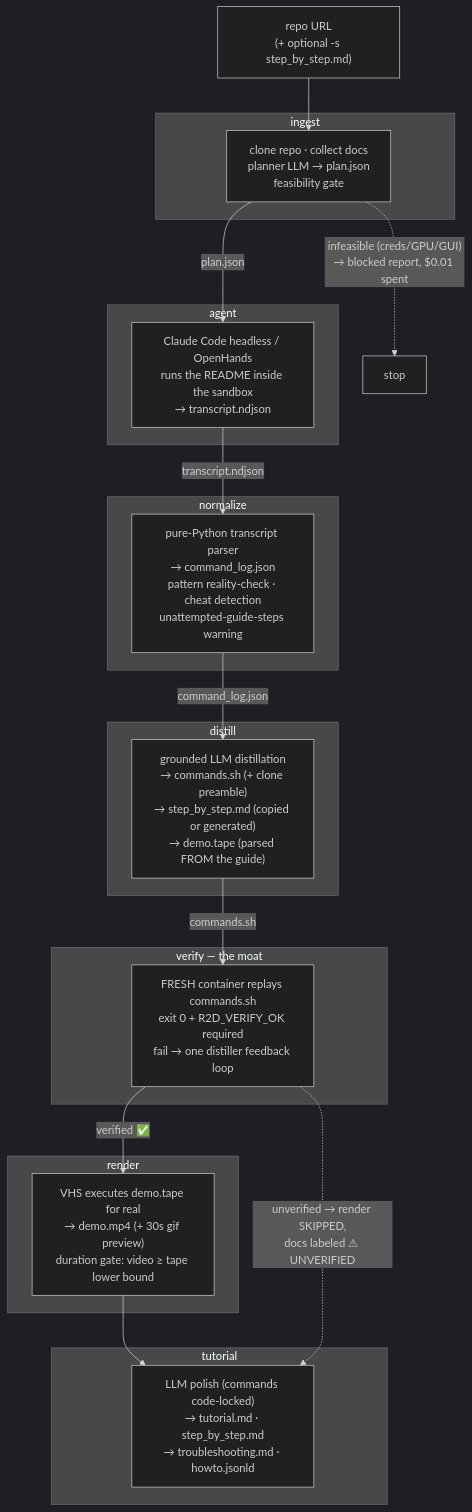
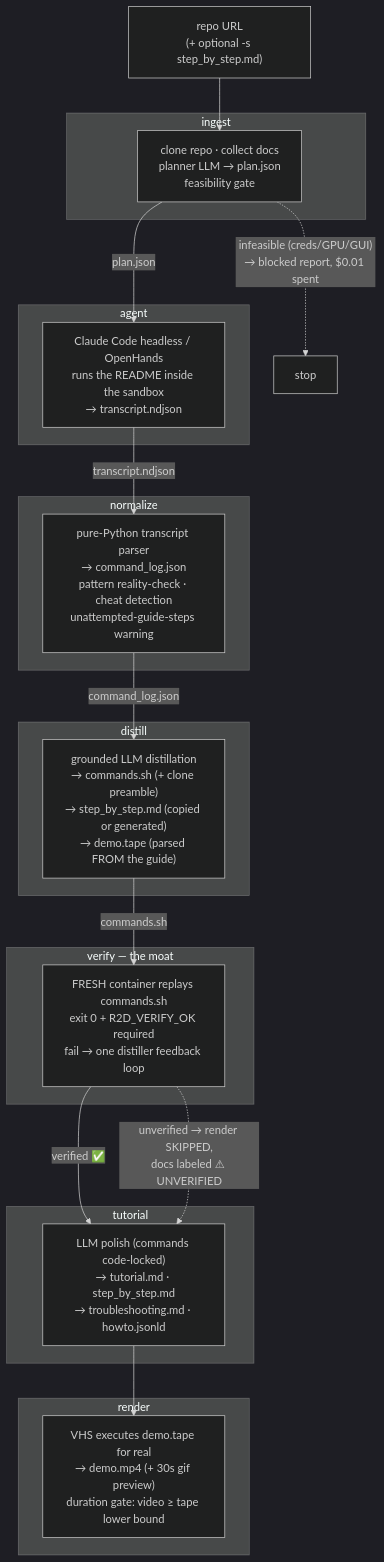
One commit to alphacrack/readme2demo changed the first of 3 diagrams in architecture/README.md. Above: the diagram before and after it, drawn with Mermaid (dark theme). The commit also changed 1 other file, not shown here.

Commit message:
docs: fix remaining stale stage order in architecture diagram and debug-run skill (#211)

````diff
--- a/architecture/README.md
+++ b/architecture/README.md
@@ -12,38 +12,38 @@
 ```mermaid
 flowchart TD
     U["repo URL<br/>(+ optional -s step_by_step.md)"] --> I
 
     subgraph M1["ingest"]
         I["clone repo · collect docs<br/>planner LLM → plan.json<br/>feasibility gate"]
     end
 
     subgraph M3["agent"]
         A["Claude Code headless / OpenHands<br/>runs the README inside the sandbox<br/>→ transcript.ndjson"]
     end
 
     subgraph M4["normalize"]
         N["pure-Python transcript parser<br/>→ command_log.json<br/>pattern reality-check · cheat detection<br/>unattempted-guide-steps warning"]
     end
 
     subgraph M5["distill"]
         D["grounded LLM distillation<br/>→ commands.sh (+ clone preamble)<br/>→ step_by_step.md (copied or generated)<br/>→ demo.tape (parsed FROM the guide)"]
     end
 
     subgraph M6["verify — the moat"]
         V["FRESH container replays commands.sh<br/>exit 0 + R2D_VERIFY_OK required<br/>fail → one distiller feedback loop"]
     end
 
-    subgraph M7["render"]
-        R["VHS executes demo.tape for real<br/>→ demo.mp4 (+ 30s gif preview)<br/>duration gate: video ≥ tape lower bound"]
+    subgraph M7["tutorial"]
+        T["LLM polish (commands code-locked)<br/>→ tutorial.md · step_by_step.md<br/>→ troubleshooting.md · howto.jsonld"]
     end
 
-    subgraph M8["tutorial"]
-        T["LLM polish (commands code-locked)<br/>→ tutorial.md · step_by_step.md<br/>→ troubleshooting.md · howto.jsonld"]
+    subgraph M8["render"]
+        R["VHS executes demo.tape for real<br/>→ demo.mp4 (+ 30s gif preview)<br/>duration gate: video ≥ tape lower bound"]
     end
 
     I -->|plan.json| A -->|transcript.ndjson| N -->|command_log.json| D
     D -->|commands.sh| V
-    V -->|verified ✅| R --> T
+    V -->|verified ✅| T --> R
     V -.->|"unverified → render SKIPPED,<br/>docs labeled ⚠ UNVERIFIED"| T
     I -.->|"infeasible (creds/GPU/GUI)<br/>→ blocked report, $0.01 spent"| X["stop"]
 ```
````
